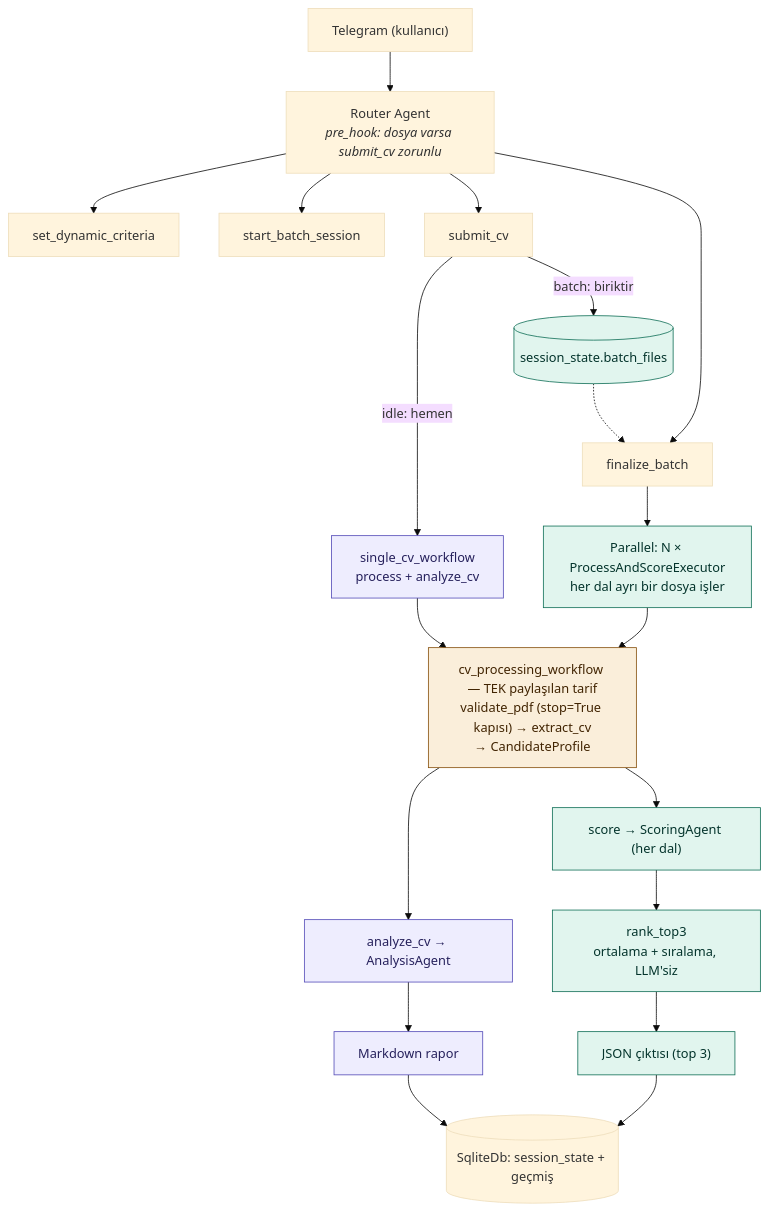
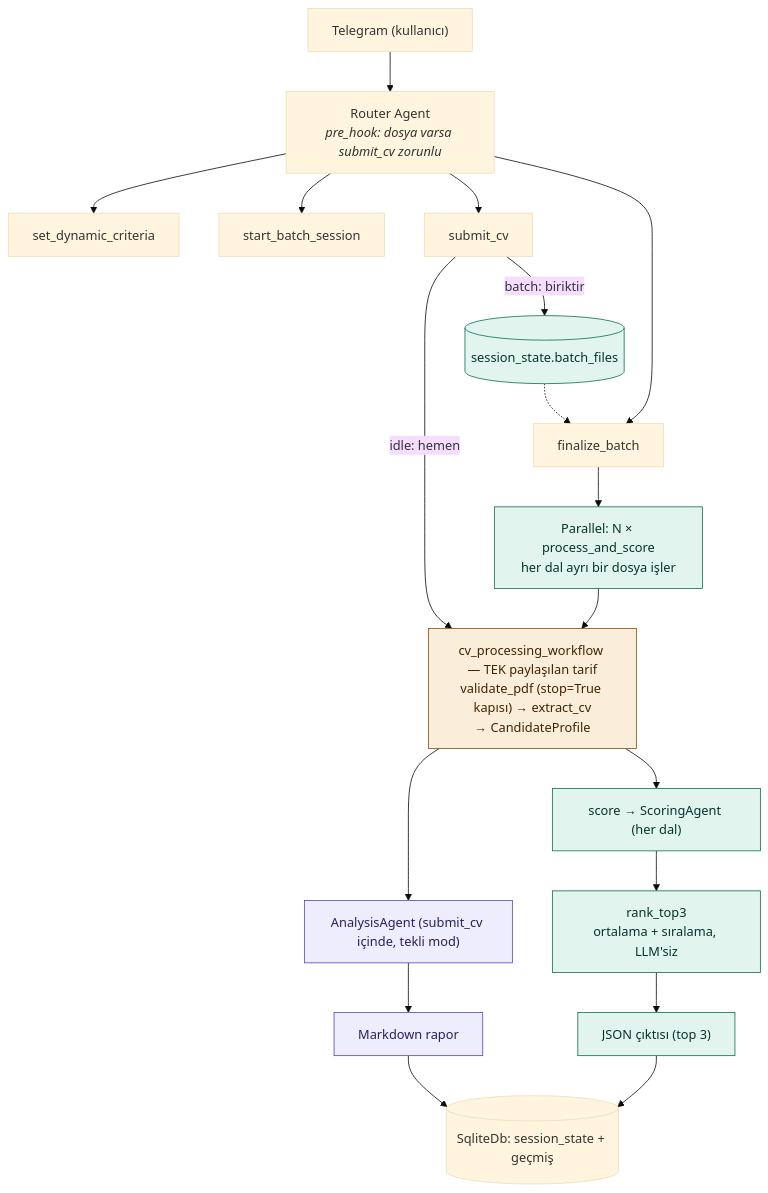
The diagram in README.md (Wijt/hr-ai-agent-telegram), drawn with Mermaid (base theme) before and after one commit. The commit also changed 19 other files, not shown here.

````diff
--- a/README.md
+++ b/README.md
@@ -18,34 +18,33 @@
 ```mermaid
 flowchart TB
     TG["Telegram (kullanıcı)"] --> RA["Router Agent<br/><i>pre_hook: dosya varsa submit_cv zorunlu</i>"]
 
     RA --> T1[set_dynamic_criteria]
     RA --> T2[start_batch_session]
     RA --> T3[submit_cv]
     RA --> T4[finalize_batch]
 
-    T3 -->|"idle: hemen"| SCW["single_cv_workflow<br/>process + analyze_cv"]
+    T3 -->|"idle: hemen"| CPW
     T3 -->|"batch: biriktir"| BUF[(session_state.batch_files)]
-    T4 --> PAR["Parallel: N × ProcessAndScoreExecutor<br/>her dal ayrı bir dosya işler"]
+    T4 --> PAR["Parallel: N × process_and_score<br/>her dal ayrı bir dosya işler"]
     BUF -.-> T4
 
-    SCW --> CPW
     PAR --> CPW["cv_processing_workflow — TEK paylaşılan tarif<br/>validate_pdf (stop=True kapısı) → extract_cv<br/>→ CandidateProfile"]
 
-    CPW --> AN["analyze_cv → AnalysisAgent"]
+    CPW --> AN["AnalysisAgent (submit_cv içinde, tekli mod)"]
     CPW --> SC["score → ScoringAgent (her dal)"]
 
     AN --> OUT1["Markdown rapor"]
     SC --> RANK["rank_top3<br/>ortalama + sıralama, LLM'siz"]
     RANK --> OUT2["JSON çıktısı (top 3)"]
 
     OUT1 --> DB[(SqliteDb: session_state + geçmiş)]
     OUT2 --> DB
 
     classDef single fill:#EEEDFE,stroke:#534AB7,color:#26215C
     classDef batch fill:#E1F5EE,stroke:#0F6E56,color:#04342C
     classDef shared fill:#FAEEDA,stroke:#854F0B,color:#412402
     class SCW,AN,OUT1 single
     class PAR,BUF,SC,RANK,OUT2 batch
     class CPW shared
 ```
````
